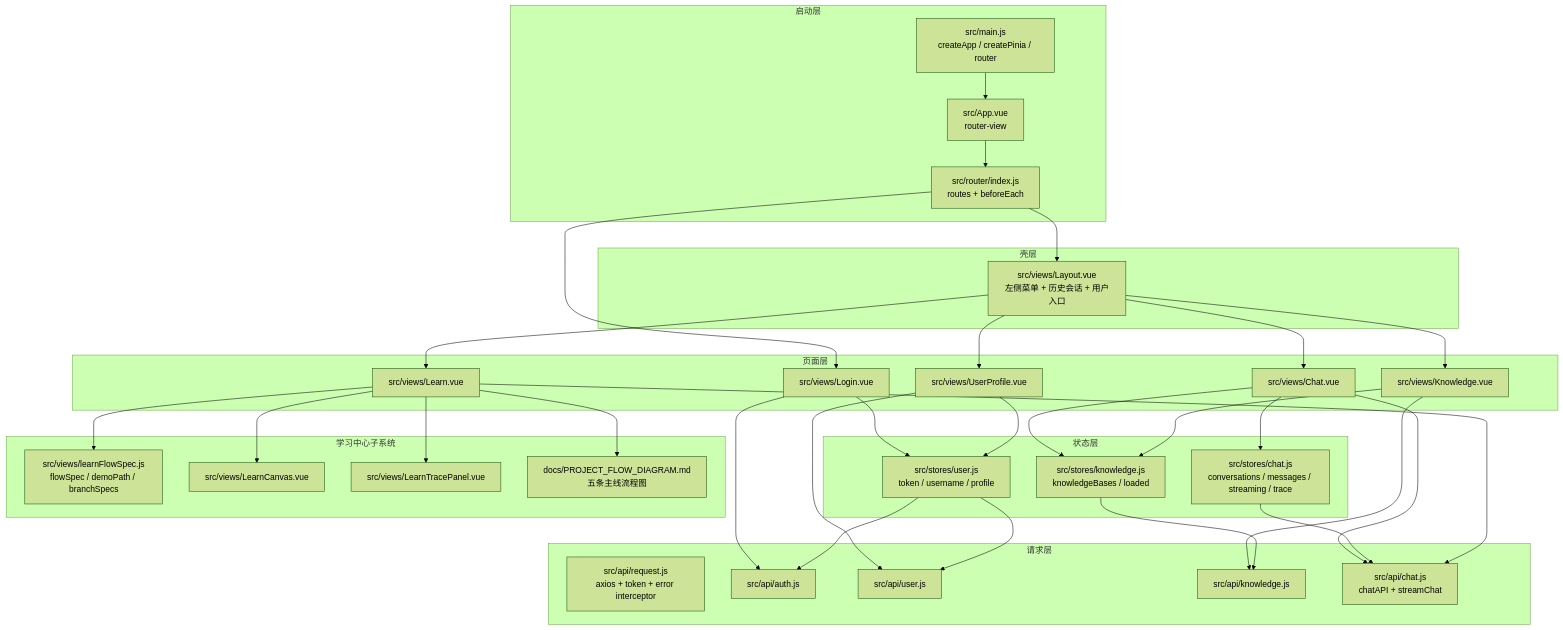
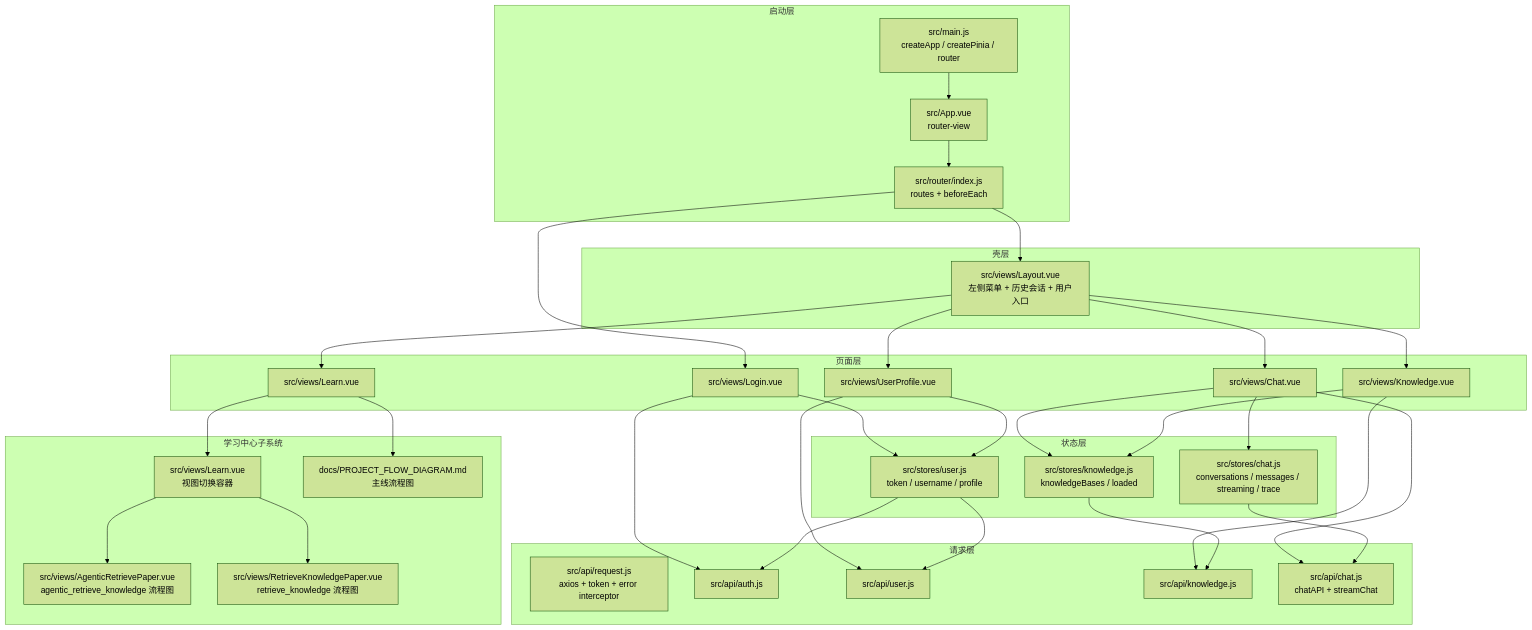
The second of 8 diagrams in docs/PROJECT_ARCHITECTURE_FULL.md (baiye-banned/Agent_about_answer), drawn with Mermaid (forest theme) before and after one commit. The commit also changed other lines of this file and 83 other files, not shown here.

````diff
--- a/docs/PROJECT_ARCHITECTURE_FULL.md
+++ b/docs/PROJECT_ARCHITECTURE_FULL.md
@@ -95,68 +95,67 @@
 ```mermaid
 flowchart TD
   subgraph Bootstrap["启动层"]
     MainJS["src/main.js<br/>createApp / createPinia / router"]
     AppVue["src/App.vue<br/>router-view"]
     Router["src/router/index.js<br/>routes + beforeEach"]
   end
 
   subgraph Shell["壳层"]
     LayoutVue["src/views/Layout.vue<br/>左侧菜单 + 历史会话 + 用户入口"]
   end
 
   subgraph Pages["页面层"]
     Login["src/views/Login.vue"]
     Chat["src/views/Chat.vue"]
     Knowledge["src/views/Knowledge.vue"]
     Learn["src/views/Learn.vue"]
     Profile["src/views/UserProfile.vue"]
   end
 
   subgraph Stores["状态层"]
     UserStore["src/stores/user.js<br/>token / username / profile"]
     ChatStore["src/stores/chat.js<br/>conversations / messages / streaming / trace"]
     KnowledgeStore["src/stores/knowledge.js<br/>knowledgeBases / loaded"]
   end
 
   subgraph API["请求层"]
     Request["src/api/request.js<br/>axios + token + error interceptor"]
     AuthAPI["src/api/auth.js"]
     UserAPI["src/api/user.js"]
     KnowledgeAPI["src/api/knowledge.js"]
     ChatAPI["src/api/chat.js<br/>chatAPI + streamChat"]
   end
 
   subgraph LearnFlow["学习中心子系统"]
-    FlowSpec["src/views/learnFlowSpec.js<br/>flowSpec / demoPath / branchSpecs"]
-    Canvas["src/views/LearnCanvas.vue"]
-    TracePanel["src/views/LearnTracePanel.vue"]
-    FlowDoc["docs/PROJECT_FLOW_DIAGRAM.md<br/>五条主线流程图"]
+    LearnHome["src/views/Learn.vue<br/>视图切换容器"]
+    AgentPaper["src/views/AgenticRetrievePaper.vue<br/>agentic_retrieve_knowledge 流程图"]
+    RetrievePaper["src/views/RetrieveKnowledgePaper.vue<br/>retrieve_knowledge 流程图"]
+    FlowDoc["docs/PROJECT_FLOW_DIAGRAM.md<br/>主线流程图"]
   end
 
   MainJS --> AppVue --> Router --> LayoutVue
   LayoutVue --> Chat
   LayoutVue --> Knowledge
   LayoutVue --> Learn
   LayoutVue --> Profile
   Router --> Login
 
   Login --> UserStore
   Profile --> UserStore
   Chat --> ChatStore
   Chat --> KnowledgeStore
   Knowledge --> KnowledgeStore
   Knowledge --> KnowledgeAPI
   Chat --> ChatAPI
   Login --> AuthAPI
   Profile --> UserAPI
   UserStore --> AuthAPI
   UserStore --> UserAPI
   ChatStore --> ChatAPI
   KnowledgeStore --> KnowledgeAPI
 
-  Learn --> FlowSpec
-  Learn --> Canvas
-  Learn --> TracePanel
+  Learn --> LearnHome
+  LearnHome --> AgentPaper
+  LearnHome --> RetrievePaper
   Learn --> FlowDoc
-  Learn --> ChatAPI
 ```
````
